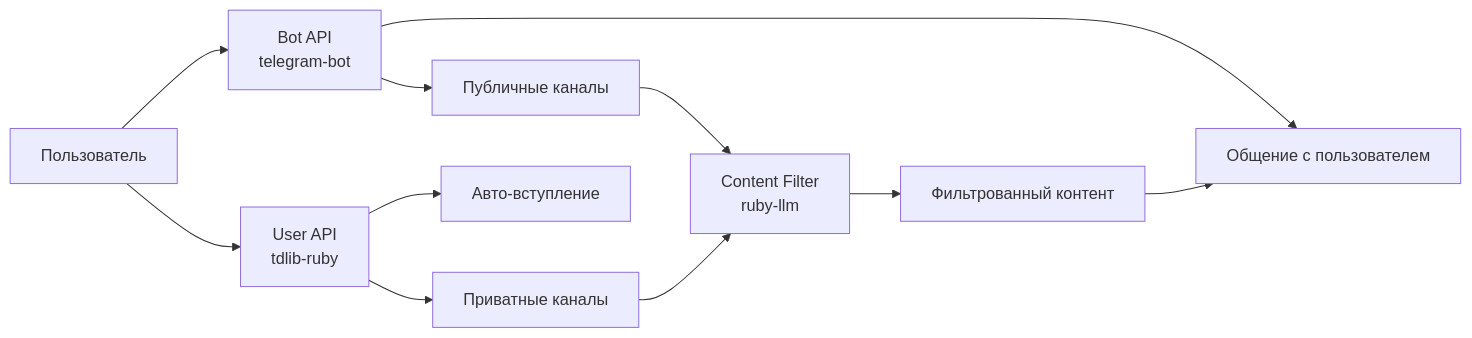
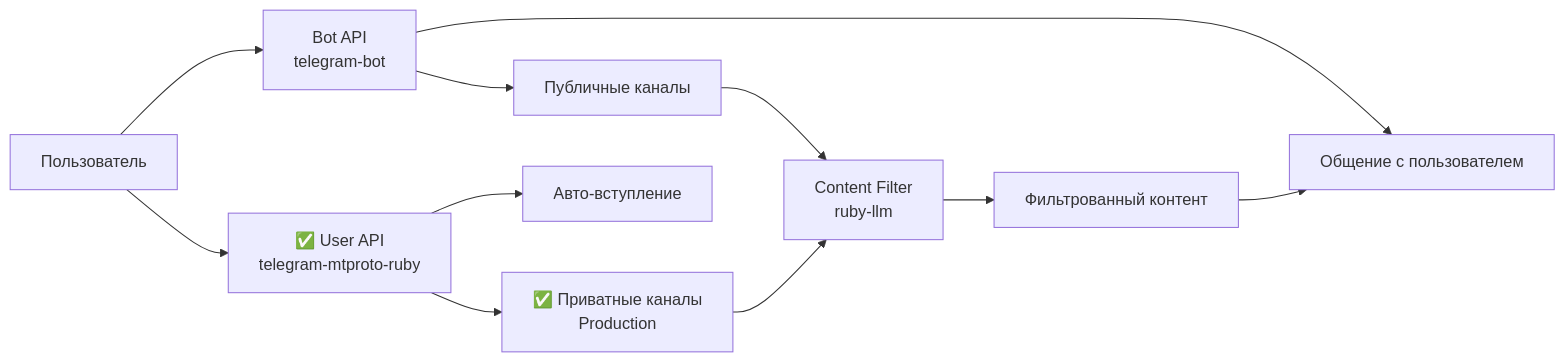
The diagram in docs/gems/README.md (dapi/no_fluff), drawn with Mermaid before and after one commit. The commit also changed other lines of this file and 33 other files, not shown here.

````diff
--- a/docs/gems/README.md
+++ b/docs/gems/README.md
@@ -65,17 +66,17 @@
 ```mermaid
 graph LR
     A[Пользователь] --> B[Bot API<br/>telegram-bot]
-    A --> C[User API<br/>tdlib-ruby]
+    A --> C[✅ User API<br/>telegram-mtproto-ruby]
 
     B --> D[Общение с пользователем]
     B --> E[Публичные каналы]
 
-    C --> F[Приватные каналы]
+    C --> F[✅ Приватные каналы<br/>Production]
     C --> G[Авто-вступление]
 
     E --> H[Content Filter<br/>ruby-llm]
     F --> H
 
     H --> I[Фильтрованный контент]
     I --> D
 ```
````
